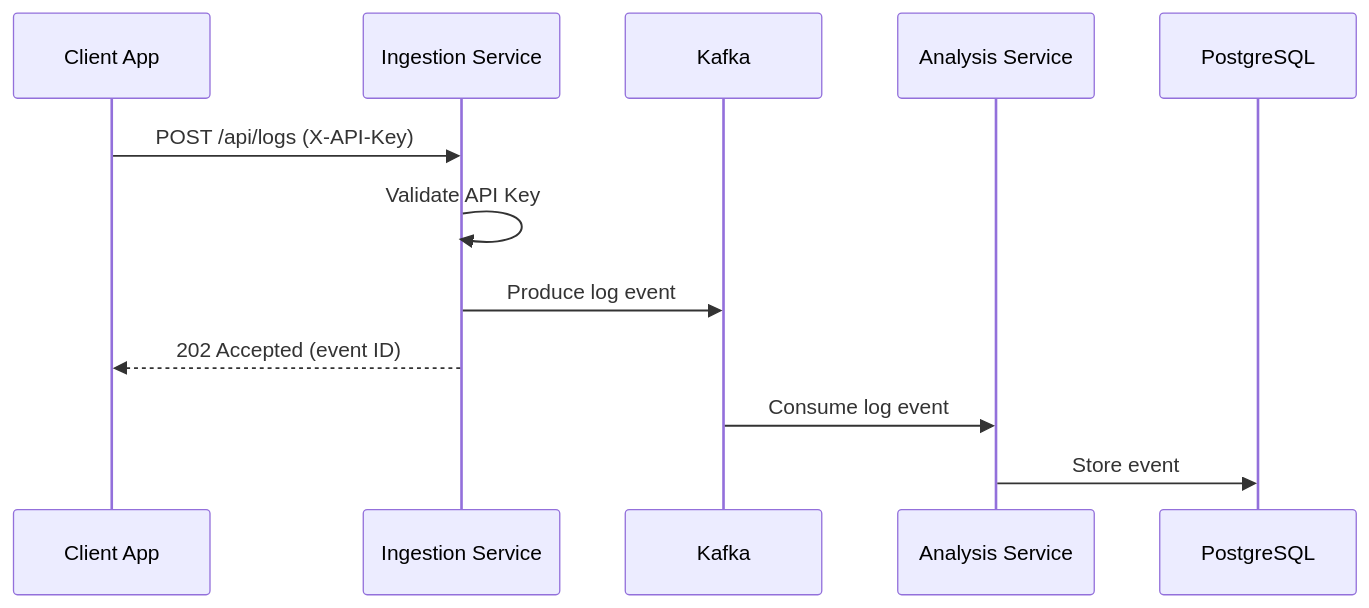
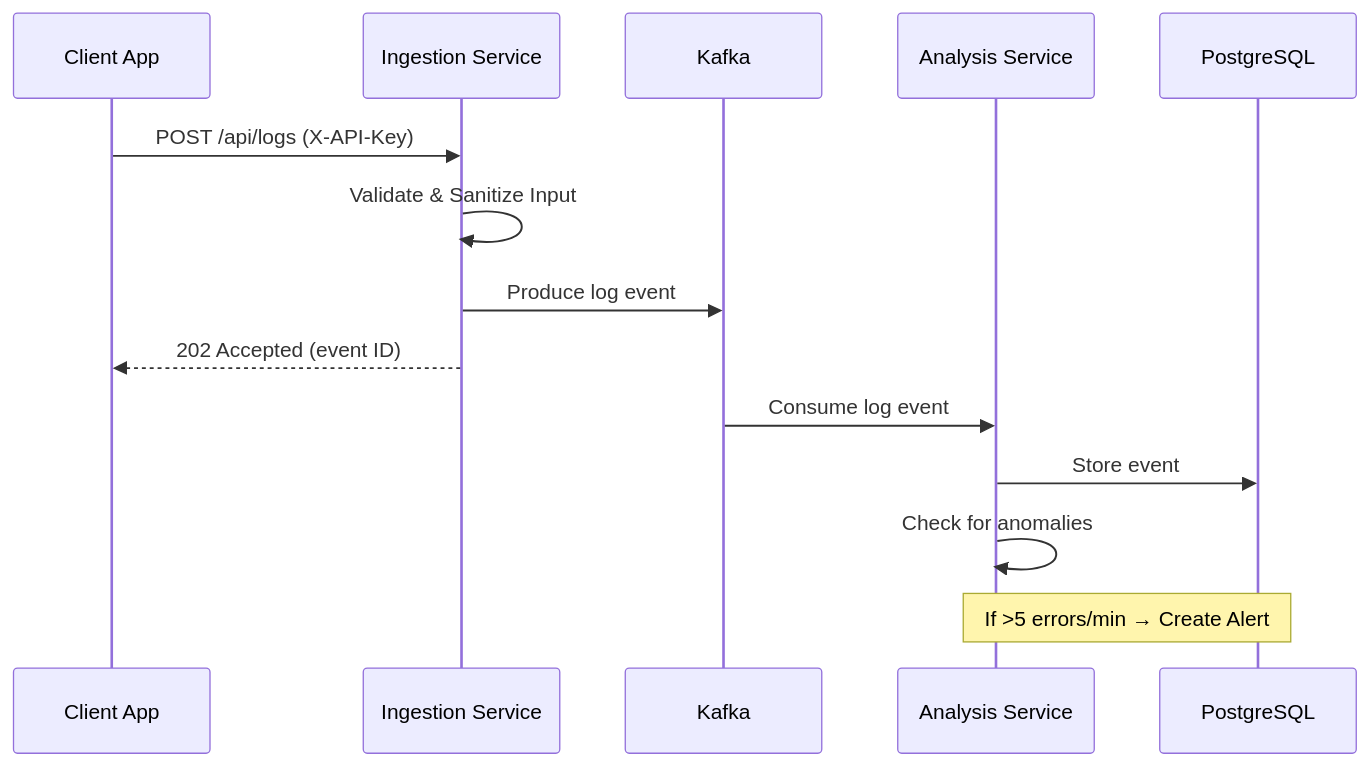
One commit to MeniToledano/loganomaly changed the second of 2 diagrams in README.md. Above: the diagram before and after it, drawn with Mermaid. The commit also changed other lines of this file and 13 other files, not shown here.

````diff
--- a/README.md
+++ b/README.md
@@ -58,16 +58,18 @@
 ```mermaid
 sequenceDiagram
     participant Client as Client App
     participant Ingestion as Ingestion Service
     participant Kafka as Kafka
     participant Analysis as Analysis Service
     participant DB as PostgreSQL
 
     Client->>Ingestion: POST /api/logs (X-API-Key)
-    Ingestion->>Ingestion: Validate API Key
+    Ingestion->>Ingestion: Validate & Sanitize Input
     Ingestion->>Kafka: Produce log event
     Ingestion-->>Client: 202 Accepted (event ID)
     
     Kafka->>Analysis: Consume log event
     Analysis->>DB: Store event
+    Analysis->>Analysis: Check for anomalies
+    Note over Analysis,DB: If >5 errors/min → Create Alert
 ```
````
